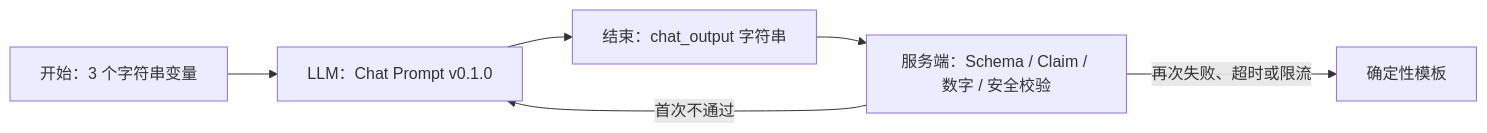
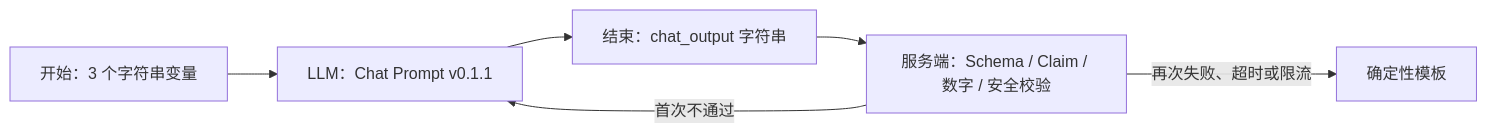
The diagram in coze/ride_chat_v1-配置指南.md (yininglee/ai-cycler), drawn with Mermaid before and after one commit. The commit also changed other lines of this file and 8 other files, not shown here.

First line of the commit message:
docs: align governance docs to dual-agent architecture (ADR-024)

````diff
--- a/coze/ride_chat_v1-配置指南.md
+++ b/coze/ride_chat_v1-配置指南.md
@@ -20,8 +20,8 @@
 ```mermaid
 flowchart LR
-  S["开始：3 个字符串变量"] --> L["LLM：Chat Prompt v0.1.0"]
+  S["开始：3 个字符串变量"] --> L["LLM：Chat Prompt v0.1.1"]
   L --> E["结束：chat_output 字符串"]
   E --> V["服务端：Schema / Claim / 数字 / 安全校验"]
   V -->|"首次不通过"| L
   V -->|"再次失败、超时或限流"| F["确定性模板"]
 ```
````
